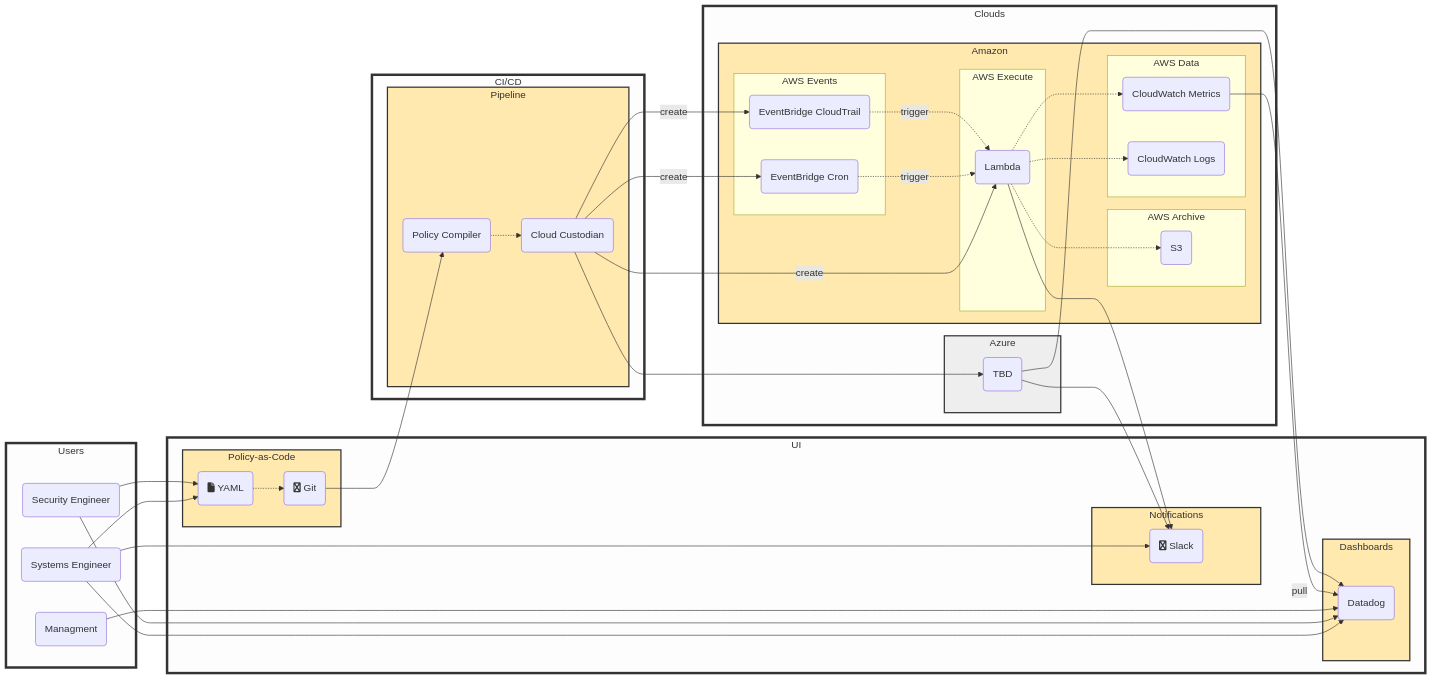
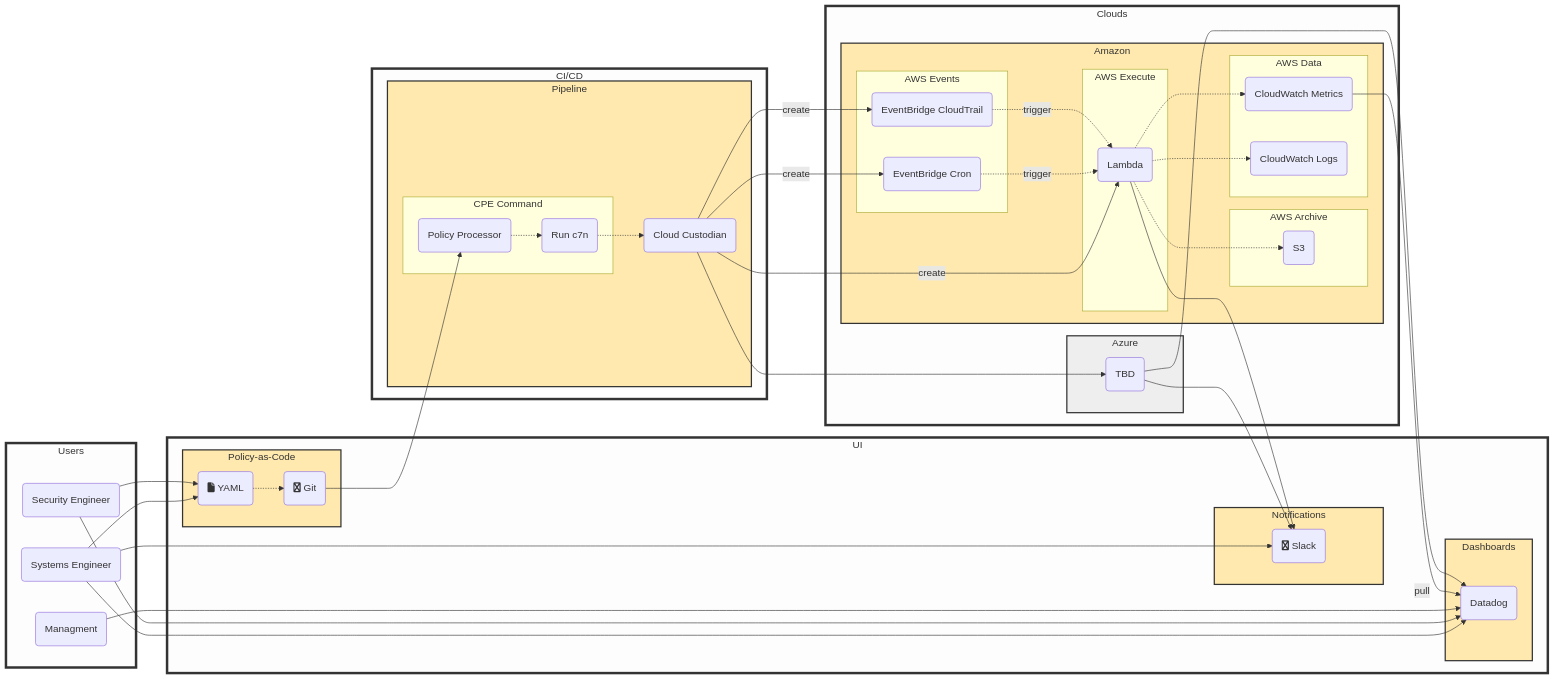
Before and after one commit to CMeza99/cloud-compliance-enforcement: the diagram in docs/architecture.mmd, drawn with Mermaid.

Commit message:
feat: add cpe cmd

```diff
--- a/docs/architecture.mmd
+++ b/docs/architecture.mmd
@@ -1,76 +1,79 @@
 graph LR
 
 	se --> yaml
 	se --> chat
 	se--> charts
 	sec --> yaml
 	sec --> charts
 	managment --> charts
 	subgraph Users
 		se(Systems Engineer)
 		sec(Security Engineer)
 		managment(Managment)
 	end
 
-	git --> compile
+	git --> cpe_1
 	subgraph UI
 		subgraph Policy-as-Code
 			yaml(fa:fa-file YAML) -.-> git(fa:fa-git Git)
 		end
 		subgraph Dashboards
 			charts(Datadog)
 		end
 		subgraph Notifications
 			chat(fa:fa-slack Slack)
 		end
 	end
 
 	c7n --create--> lambda
 	c7n --create--> ebcron
 	c7n --create--> ebcloudtrail
 	c7n --> azure
 	subgraph CI/CD
 		subgraph Pipeline
-			compile(Policy Compiler) -.-> c7n(Cloud Custodian)
+		    cpe_run -.-> c7n(Cloud Custodian)
+			subgraph CPE Command
+			    cpe_1(Policy Processor) -.-> cpe_run(Run c7n)
+			end
 		end
 	end
 
 	lambda --> chat
 	cwmetrics --pull--> charts
 	azure --> charts
 	azure --> chat
 	subgraph Clouds
 
 		lambda -.-> s3
 		lambda -.-> cwmetrics
 		lambda -.-> cwlogs
 		ebcron -.trigger.-> lambda
 		ebcloudtrail -.trigger.-> lambda
 		subgraph Amazon
 			subgraph AWS Execute
 				lambda(Lambda)
 			end
 			subgraph AWS Archive
 				s3("S3")
 			end
 			subgraph AWS Data
 				cwmetrics(CloudWatch Metrics)
 				cwlogs(CloudWatch Logs)
 			end
 			subgraph AWS Events
 				ebcron(EventBridge Cron)
 				ebcloudtrail(EventBridge CloudTrail)
 			end
 		end
 
 		subgraph Azure
 		style Azure fill:#eee
 			azure(TBD)
 		end
 
 	end
 
 	classDef layer fill:#fdfdfd,stroke:#333,stroke-width:4px
 	classDef container fill:#ffe9ae,stroke:#333,stroke-width:2px
 	class Users,UI,CI/CD,Clouds layer
 	class Policy-as-Code,Notifications,Dashboards,Pipeline,Amazon,Azure container
```
